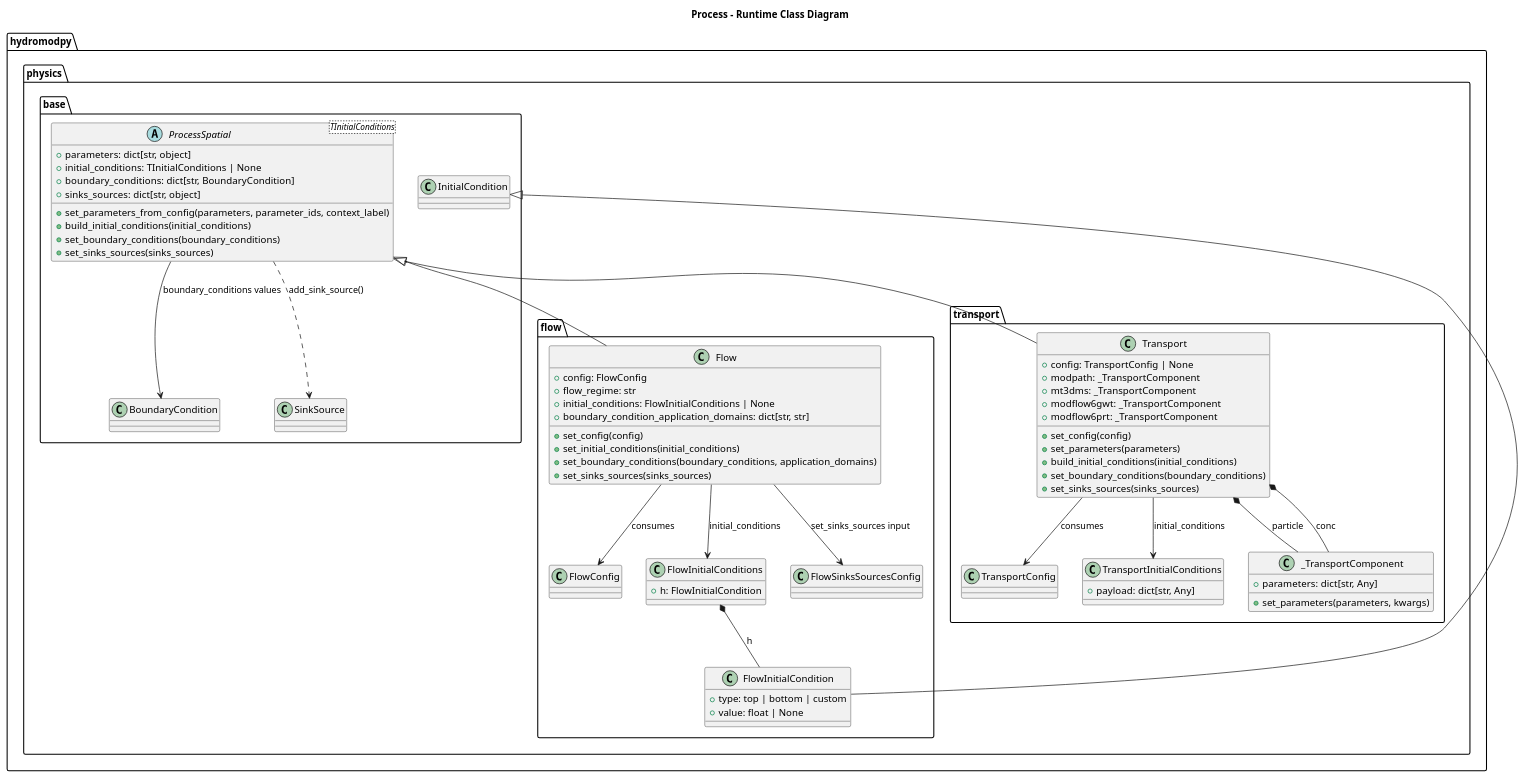
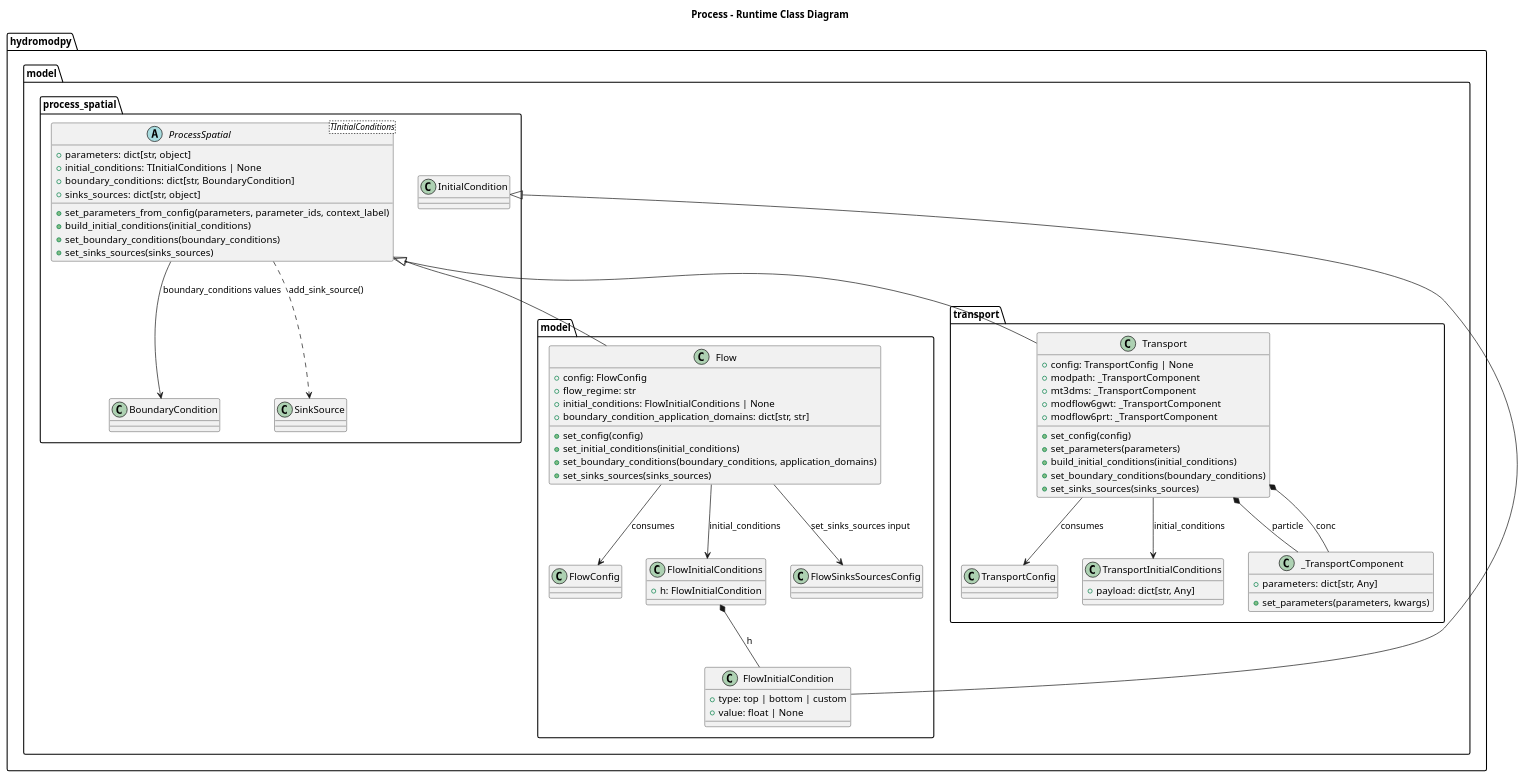
The diagram in docs/source/contribute/architecture/process/diagrams/process_runtime_class.wsd (HydroModPy/HydroModPy), drawn with PlantUML before and after one commit. The commit also changed 795 other files, not shown here.

Commit message:
refactor(model): create model, dissolve physics and simulation

```diff
--- a/docs/source/contribute/architecture/process/diagrams/process_runtime_class.wsd
+++ b/docs/source/contribute/architecture/process/diagrams/process_runtime_class.wsd
@@ -1,85 +1,85 @@
 @startuml
 title Process - Runtime Class Diagram
 
-package "hydromodpy.physics.base" {
+package "hydromodpy.model.process_spatial" {
   abstract class "ProcessSpatial<TInitialConditions>" as ProcessSpatialT {
     +parameters: dict[str, object]
     +initial_conditions: TInitialConditions | None
     +boundary_conditions: dict[str, BoundaryCondition]
     +sinks_sources: dict[str, object]
     +set_parameters_from_config(parameters, parameter_ids, context_label)
     +build_initial_conditions(initial_conditions)
     +set_boundary_conditions(boundary_conditions)
     +set_sinks_sources(sinks_sources)
   }
 
   class InitialCondition
   class BoundaryCondition
   class SinkSource
 }
 
-package "hydromodpy.physics.flow" {
+package "hydromodpy.model.model" {
   class Flow {
     +config: FlowConfig
     +flow_regime: str
     +initial_conditions: FlowInitialConditions | None
     +boundary_condition_application_domains: dict[str, str]
     +set_config(config)
     +set_initial_conditions(initial_conditions)
     +set_boundary_conditions(boundary_conditions, application_domains)
     +set_sinks_sources(sinks_sources)
   }
 
   class FlowConfig
   class FlowInitialCondition {
     +type: top | bottom | custom
     +value: float | None
   }
   class FlowInitialConditions {
     +h: FlowInitialCondition
   }
   class FlowSinksSourcesConfig
 }
 
-package "hydromodpy.physics.transport" {
+package "hydromodpy.model.transport" {
   class Transport {
     +config: TransportConfig | None
     +modpath: _TransportComponent
     +mt3dms: _TransportComponent
     +modflow6gwt: _TransportComponent
     +modflow6prt: _TransportComponent
     +set_config(config)
     +set_parameters(parameters)
     +build_initial_conditions(initial_conditions)
     +set_boundary_conditions(boundary_conditions)
     +set_sinks_sources(sinks_sources)
   }
 
   class TransportConfig
   class TransportInitialConditions {
     +payload: dict[str, Any]
   }
   class _TransportComponent {
     +parameters: dict[str, Any]
     +set_parameters(parameters, kwargs)
   }
 }
 
 ProcessSpatialT <|-- Flow
 ProcessSpatialT <|-- Transport
 
 Flow --> FlowConfig : consumes
 Transport --> TransportConfig : consumes
 
 InitialCondition <|-- FlowInitialCondition
 FlowInitialConditions *-- FlowInitialCondition : h
 Flow --> FlowInitialConditions : initial_conditions
 Transport --> TransportInitialConditions : initial_conditions
 
 ProcessSpatialT --> BoundaryCondition : boundary_conditions values
 ProcessSpatialT ..> SinkSource : add_sink_source()
 
 Transport *-- _TransportComponent : particle
 Transport *-- _TransportComponent : conc
 Flow --> FlowSinksSourcesConfig : set_sinks_sources input
 @enduml
```
